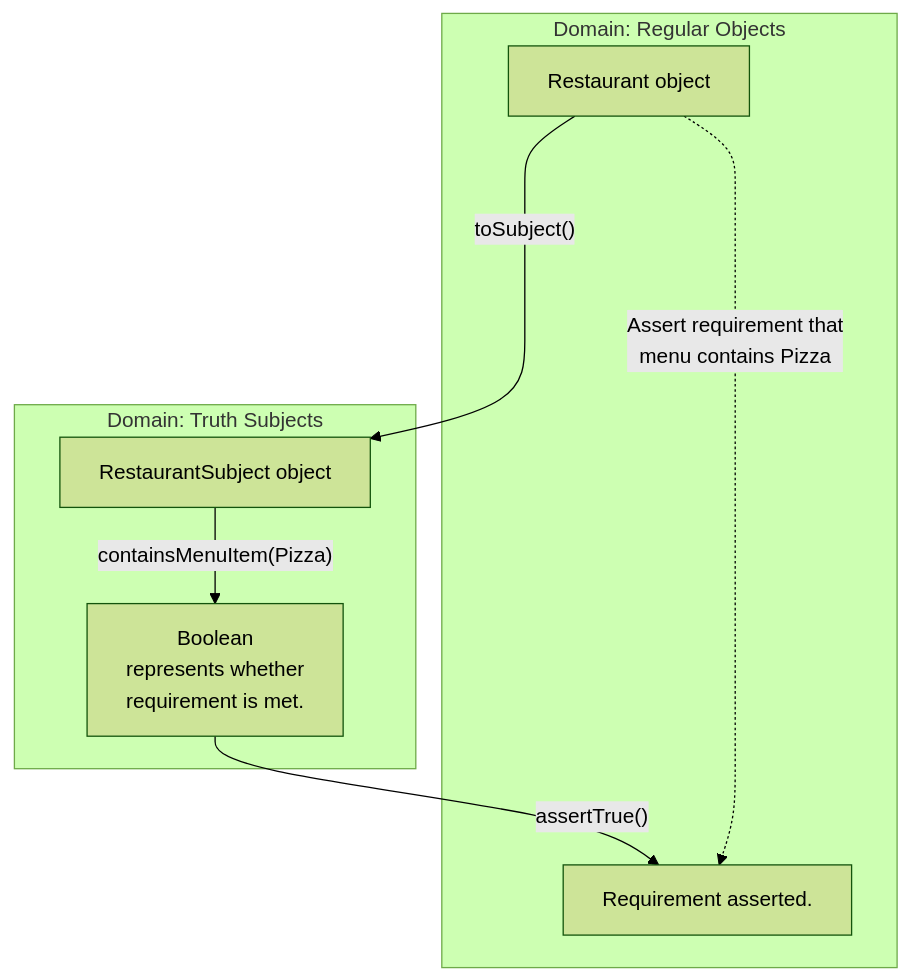
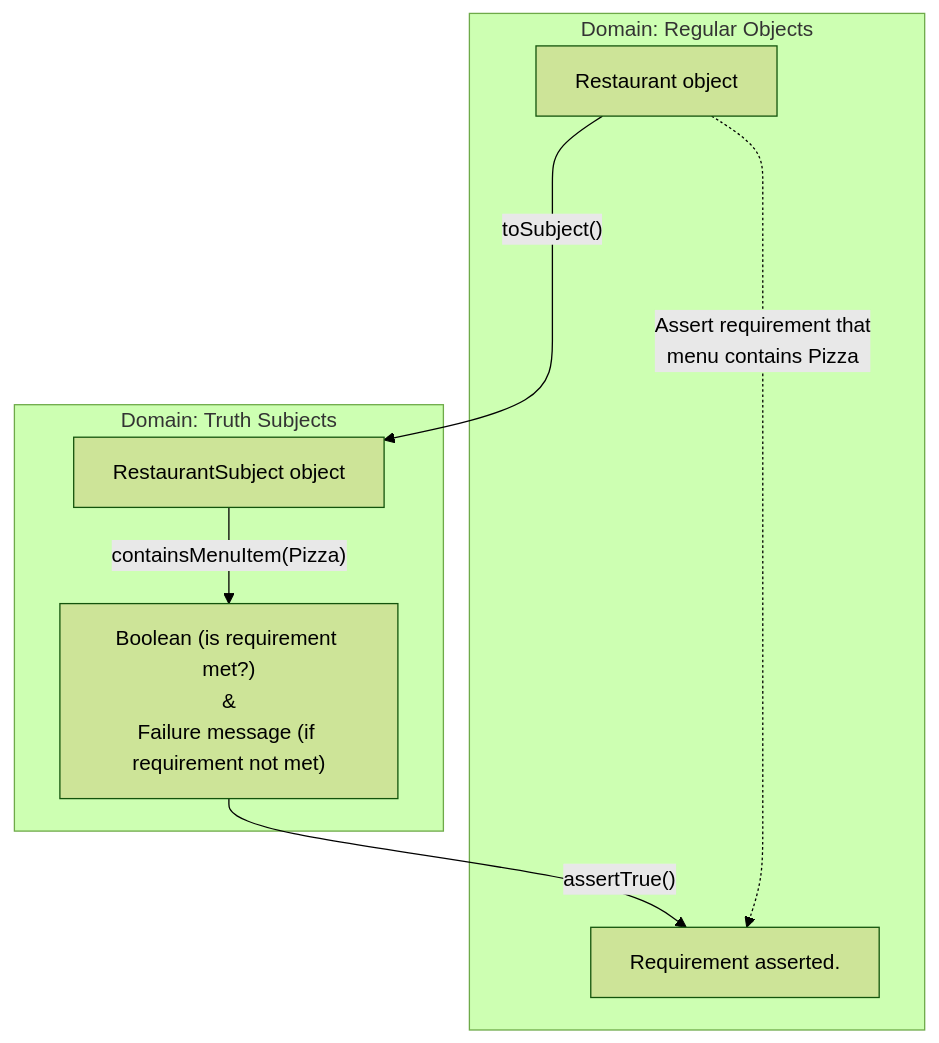
Before and after one commit to vemana/vemana.github.io: the eighth of 8 diagrams in _posts/2001-01-01-abiyz-intro.md, drawn with Mermaid (forest theme). The commit also changed 1 other file, not shown here.

Commit message:
minor changes to abiyz intro.

````diff
--- a/_posts/2001-01-01-abiyz-intro.md
+++ b/_posts/2001-01-01-abiyz-intro.md
@@ -477,24 +477,24 @@
 ```mermaid
 flowchart TD
 
 A[Restaurant object] -- toSubject() --> B[RestaurantSubject object]
 
-B -- containsMenuItem(Pizza) --> Y[Boolean
-represents whether
-requirement is met.
+B -- containsMenuItem(Pizza) --> Y["Boolean (is requirement met?)
+&
+Failure message (if requirement not met)"
 ]
 
 Y -- assertTrue() --> Z[Requirement asserted.]
 
 subgraph one ["Domain: Regular Objects"]
 A -. Assert requirement that
 menu contains Pizza .-> Z
 end
 
 subgraph two ["Domain: Truth Subjects"]
 B
 Y
 end
 
 one ~~~~~ two
 ```
````
